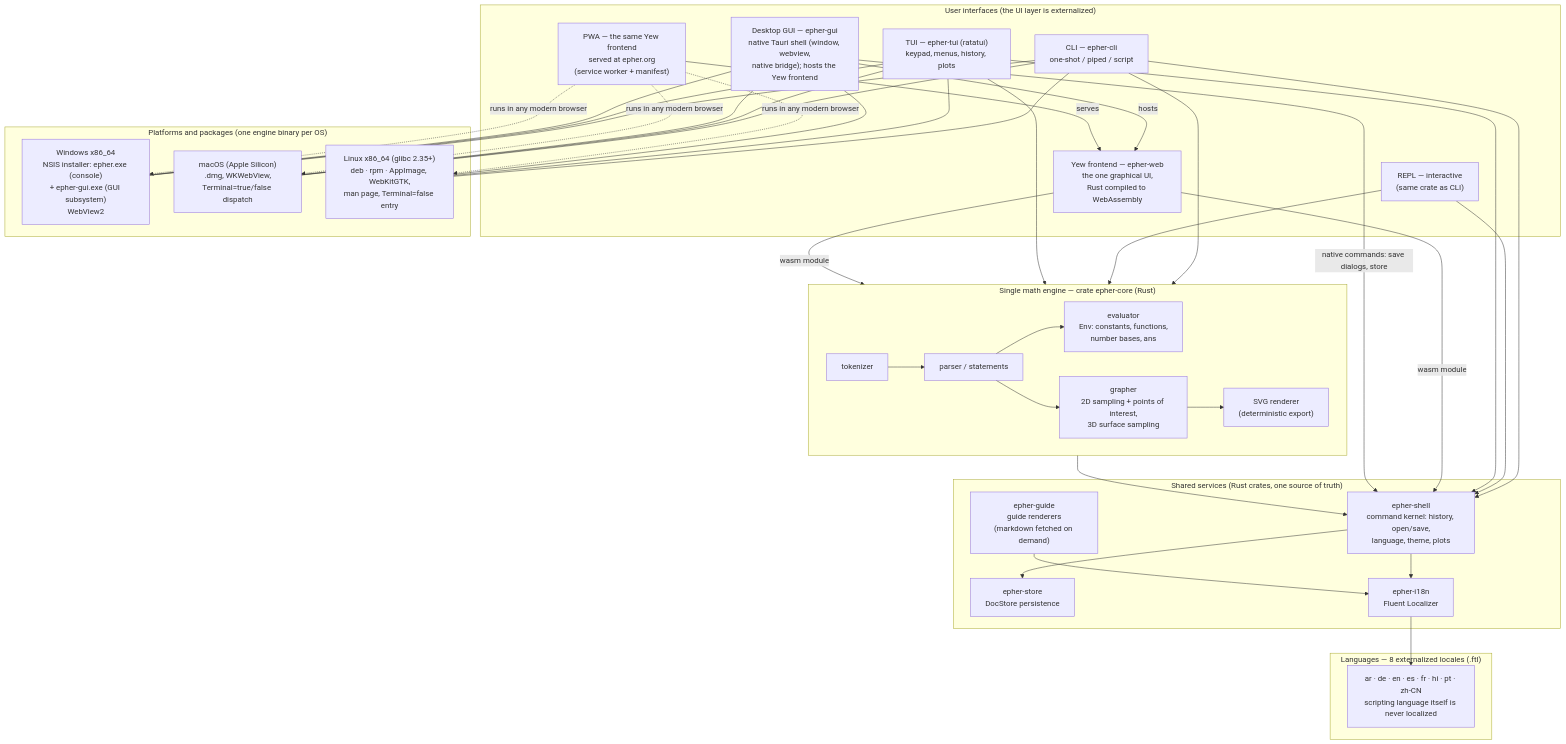
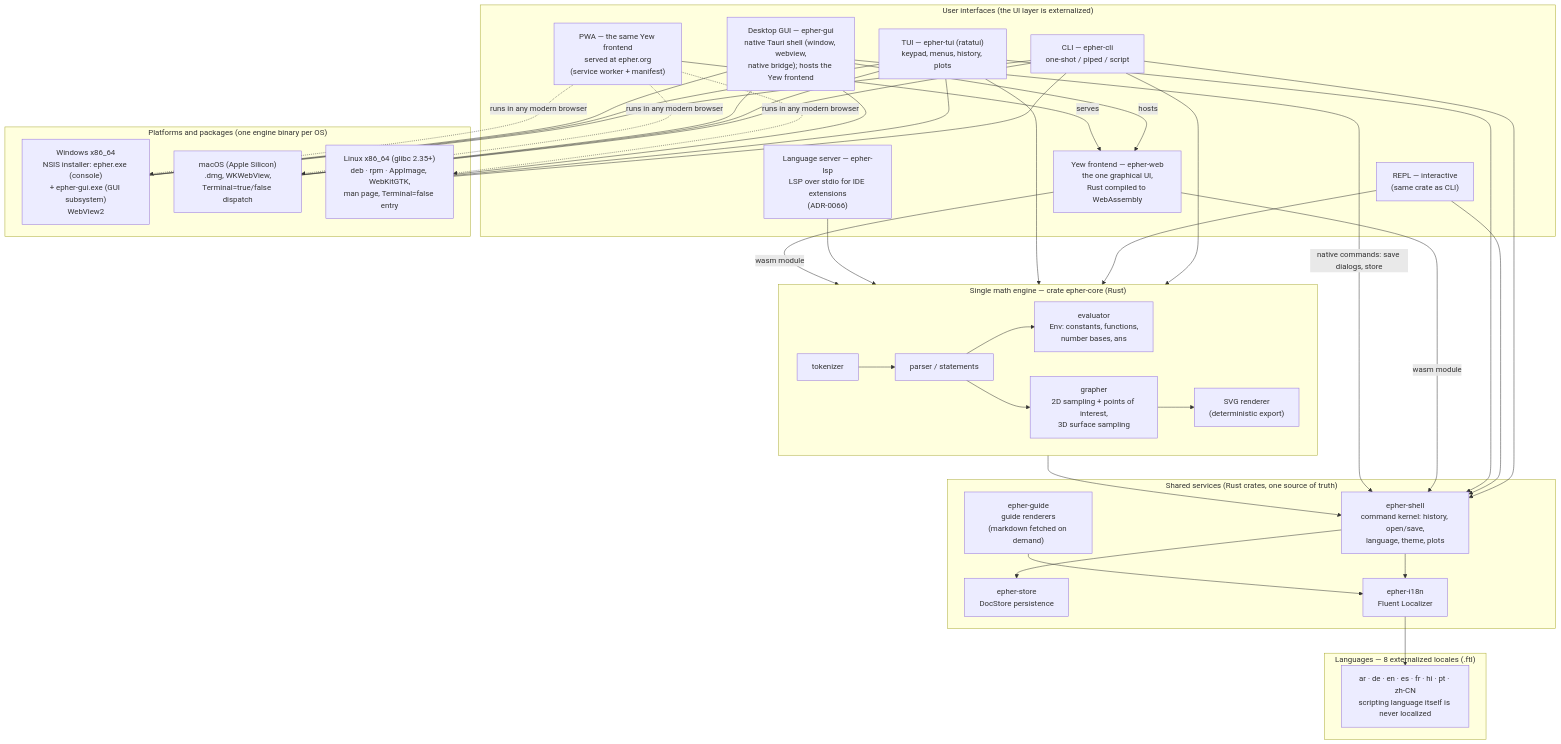
Before and after one commit to upyesp/epher: the first of 2 diagrams in docs/architecture.md, drawn with Mermaid. The commit also changed other lines of this file and 10 other files, not shown here.

First line of the commit message:
refactor: review remediation for the language server stage

````diff
--- a/docs/architecture.md
+++ b/docs/architecture.md
@@ -14,60 +14,62 @@
 ```mermaid
 flowchart TB
     subgraph engine["Single math engine — crate epher-core (Rust)"]
         direction LR
         LEX["tokenizer"] --> PARSE["parser / statements"]
         PARSE --> EVAL["evaluator<br/>Env: constants, functions,<br/>number bases, ans"]
         PARSE --> GRAPH["grapher<br/>2D sampling + points of interest,<br/>3D surface sampling"]
         GRAPH --> SVG["SVG renderer<br/>(deterministic export)"]
     end
 
     subgraph svc["Shared services (Rust crates, one source of truth)"]
         SHELL["epher-shell<br/>command kernel: history, open/save,<br/>language, theme, plots"]
         STORE["epher-store<br/>DocStore persistence"]
         I18N["epher-i18n<br/>Fluent Localizer"]
         GUIDE["epher-guide<br/>guide renderers<br/>(markdown fetched on demand)"]
     end
 
     subgraph ui["User interfaces (the UI layer is externalized)"]
         CLI["CLI — epher-cli<br/>one-shot / piped / script"]
         REPL["REPL — interactive<br/>(same crate as CLI)"]
         TUI["TUI — epher-tui (ratatui)<br/>keypad, menus, history, plots"]
         WEBAPP["Yew frontend — epher-web<br/>the one graphical UI,<br/>Rust compiled to WebAssembly"]
         GUI["Desktop GUI — epher-gui<br/>native Tauri shell (window, webview,<br/>native bridge); hosts the Yew frontend"]
         PWA["PWA — the same Yew frontend<br/>served at epher.org<br/>(service worker + manifest)"]
+        LSP["Language server — epher-lsp<br/>LSP over stdio for IDE extensions<br/>(ADR-0066)"]
     end
 
     subgraph lang["Languages — 8 externalized locales (.ftl)"]
         L8["ar · de · en · es · fr · hi · pt · zh-CN<br/>scripting language itself is never localized"]
     end
 
     subgraph plat["Platforms and packages (one engine binary per OS)"]
         WIN["Windows x86_64<br/>NSIS installer: epher.exe (console)<br/>+ epher-gui.exe (GUI subsystem)<br/>WebView2"]
         MAC["macOS (Apple Silicon)<br/>.dmg, WKWebView,<br/>Terminal=true/false dispatch"]
         LIN["Linux x86_64 (glibc 2.35+)<br/>deb · rpm · AppImage, WebKitGTK,<br/>man page, Terminal=false entry"]
     end
 
     engine --> SHELL
     SHELL --> STORE
     SHELL --> I18N
     I18N --> L8
     GUIDE --> I18N
 
     CLI --> engine
     REPL --> engine
     TUI --> engine
+    LSP --> engine
     CLI --> SHELL
     REPL --> SHELL
     TUI --> SHELL
 
     WEBAPP -->|wasm module| engine
     WEBAPP -->|wasm module| SHELL
     GUI -->|hosts| WEBAPP
     PWA -->|serves| WEBAPP
     GUI -->|native commands: save dialogs, store| SHELL
 
     CLI --- WIN & MAC & LIN
     TUI --- WIN & MAC & LIN
     GUI --- WIN & MAC & LIN
     PWA -.->|runs in any modern browser| WIN & MAC & LIN
 ```
````
